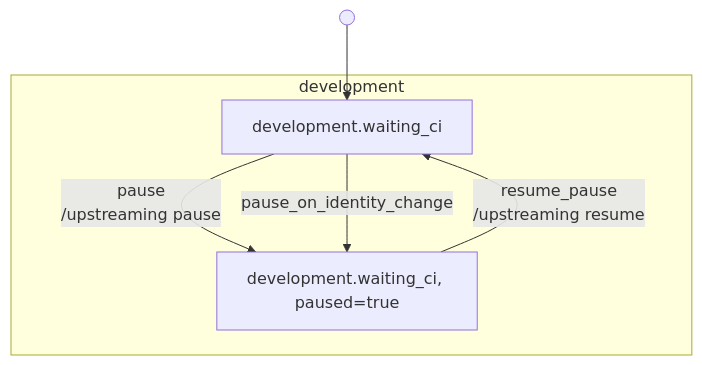
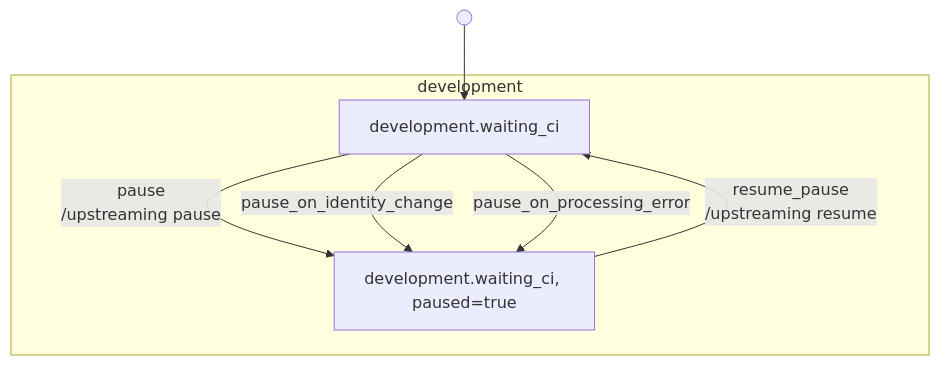
One commit to riseproject-dev/porting-agent changed diagram 13 of 30 in docs/state-machine/index.md. Above: the diagram before and after it, drawn with Mermaid. The commit also changed other lines of this file and 19 other files, not shown here.

First line of the commit message:
Isolate an error in one contribution's processing from the rest of the tick

````diff
--- a/docs/state-machine/index.md
+++ b/docs/state-machine/index.md
@@ -441,12 +441,13 @@
 ```mermaid
 flowchart TB
     subgraph development["development"]
         development_waiting_ci["development.waiting_ci"]
         development_waiting_ci_paused["development.waiting_ci, paused=true"]
     end
 
     start_1(( )) --> development_waiting_ci
     development_waiting_ci -->|pause<br/>/upstreaming pause| development_waiting_ci_paused
     development_waiting_ci -->|pause_on_identity_change| development_waiting_ci_paused
+    development_waiting_ci -->|pause_on_processing_error| development_waiting_ci_paused
     development_waiting_ci_paused -->|resume_pause<br/>/upstreaming resume| development_waiting_ci
 ```
````
